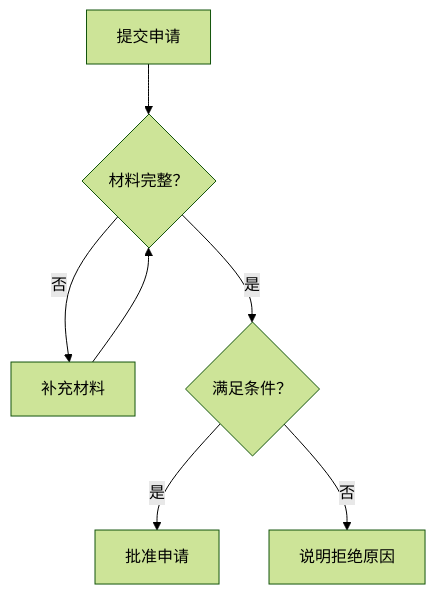
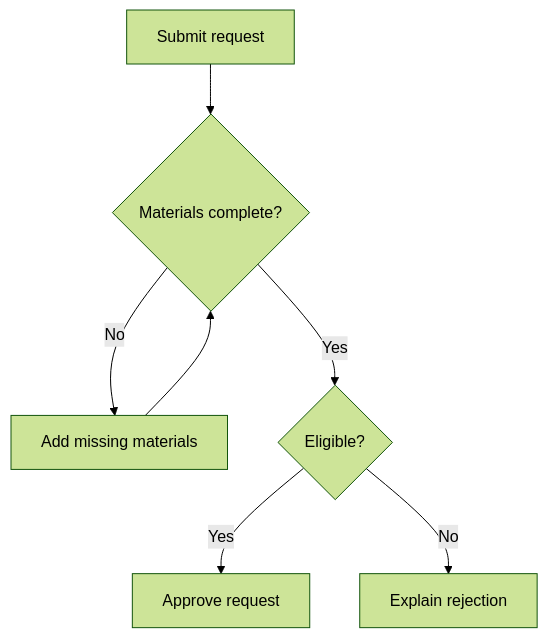
Before and after one commit to def-peter/fuxian: the first of 2 diagrams in skills/fuxian-diagram/references/mermaid/flowchart.md, drawn with Mermaid (forest theme). The commit also changed other lines of this file and 43 other files, not shown here.

Commit message:
feat(skills): internationalize diagram guides and expand type selection

````diff
--- a/skills/fuxian-diagram/references/mermaid/flowchart.md
+++ b/skills/fuxian-diagram/references/mermaid/flowchart.md
@@ -11,9 +11,9 @@
 ```mermaid
 flowchart TB
-  submit["提交申请"] --> complete{"材料完整？"}
-  complete -->|否| revise["补充材料"]
+  submit["Submit request"] --> complete{"Materials complete?"}
+  complete -->|No| revise["Add missing materials"]
   revise --> complete
-  complete -->|是| eligible{"满足条件？"}
-  eligible -->|是| approve["批准申请"]
-  eligible -->|否| reject["说明拒绝原因"]
+  complete -->|Yes| eligible{"Eligible?"}
+  eligible -->|Yes| approve["Approve request"]
+  eligible -->|No| reject["Explain rejection"]
 ```
````
